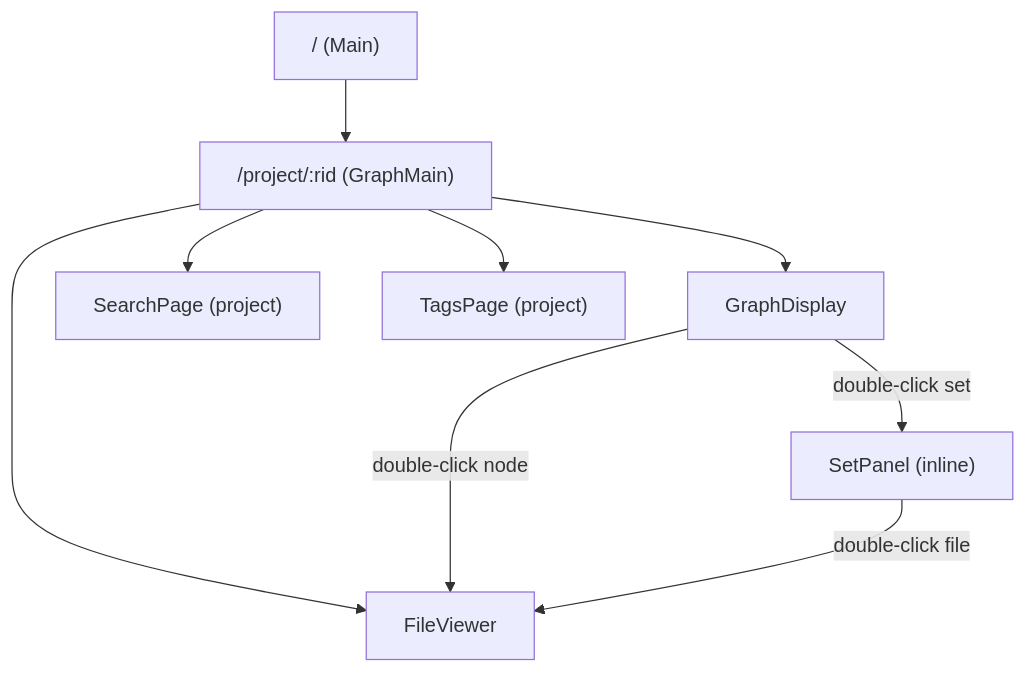
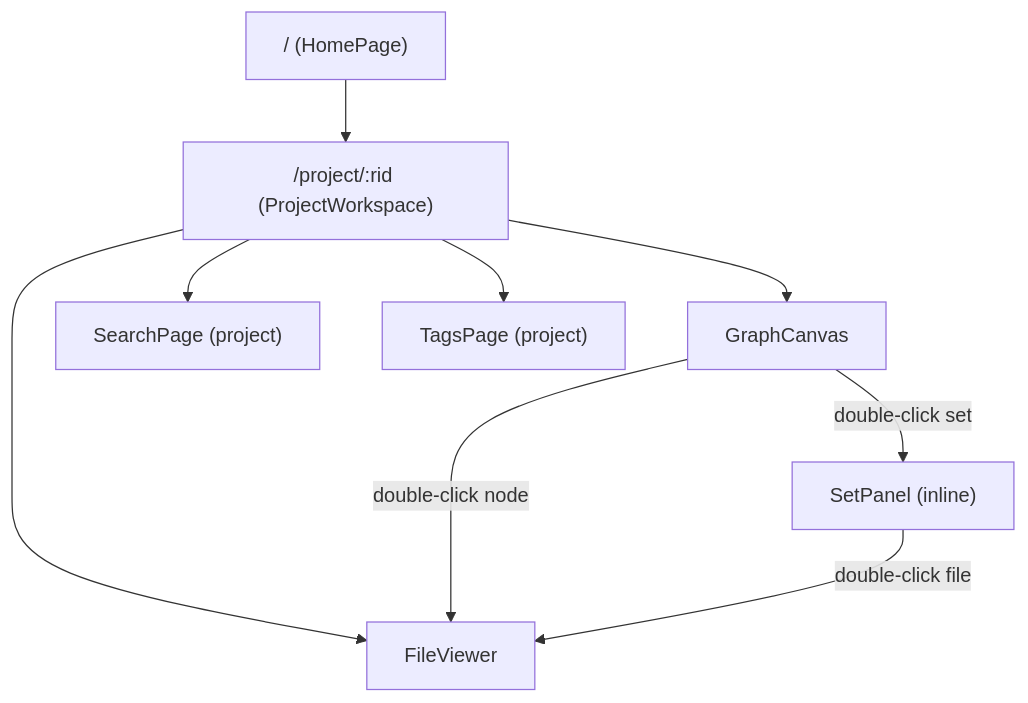
Before and after one commit to OSC-JYU/MessyDesk-UI: the diagram in wiki/routing.md, drawn with Mermaid. The commit also changed other lines of this file and 75 other files, not shown here.

First line of the commit message:
Stage 7 of the UI rewrite: project graph workspace

````diff
--- a/wiki/routing.md
+++ b/wiki/routing.md
@@ -74,11 +74,11 @@
 ```mermaid
 graph TD
-    Home["/ (Main)"] --> ProjectShell["/project/:rid (GraphMain)"]
-    ProjectShell --> GraphView["GraphDisplay"]
+    Home["/ (HomePage)"] --> ProjectShell["/project/:rid (ProjectWorkspace)"]
+    ProjectShell --> GraphView["GraphCanvas"]
     ProjectShell --> SearchView["SearchPage (project)"]
     ProjectShell --> EntitiesView["TagsPage (project)"]
     ProjectShell --> FileView["FileViewer"]
     GraphView -->|double-click node| FileView
     GraphView -->|double-click set| SetPanel["SetPanel (inline)"]
     SetPanel -->|double-click file| FileView
 ```
````
